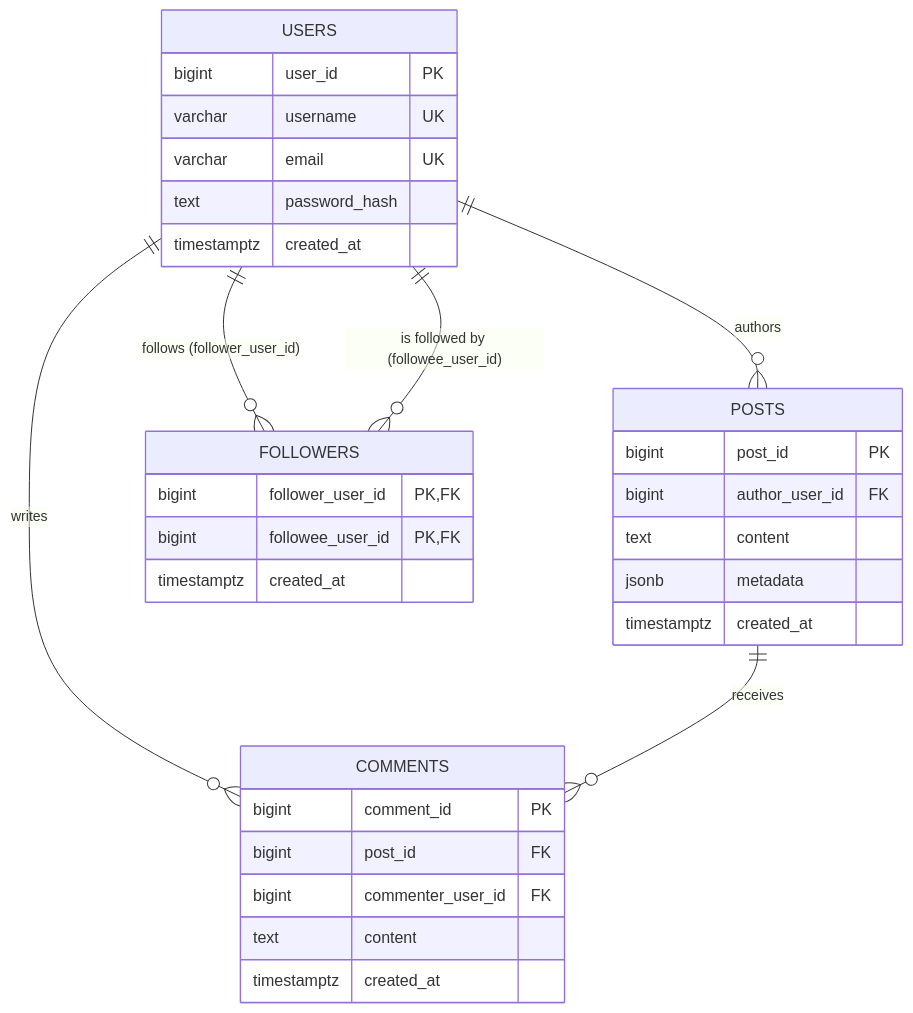
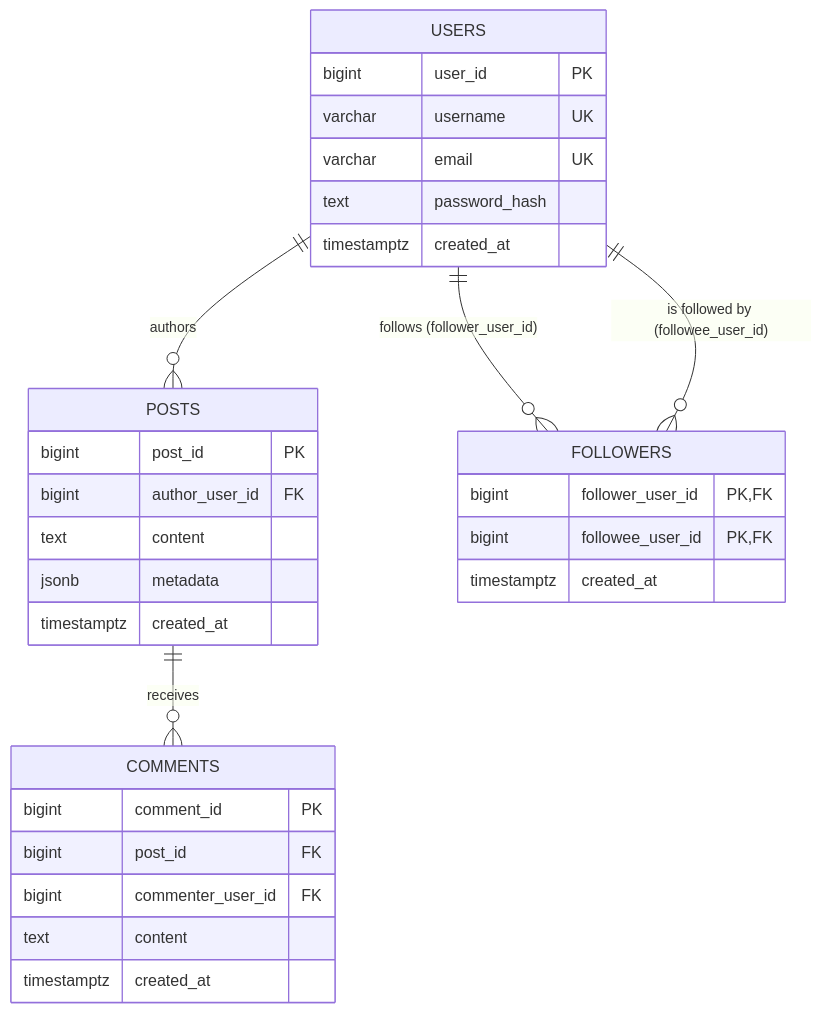
One commit to Ndaziramiyep/AmaliTech_Python_Backend_Labs changed the diagram in Database_Fundamentals/Social_Media_Lab/docs/er_diagram.md. Above: the diagram before and after it, drawn with Mermaid.

Commit message:
Remove USERS to COMMENTS relationship in ER diagram
Removed the relationship between USERS and COMMENTS.

````diff
--- a/Database_Fundamentals/Social_Media_Lab/docs/er_diagram.md
+++ b/Database_Fundamentals/Social_Media_Lab/docs/er_diagram.md
@@ -3,38 +3,37 @@
 ```mermaid
 erDiagram
     USERS ||--o{ POSTS : authors
-    USERS ||--o{ COMMENTS : writes
     POSTS ||--o{ COMMENTS : receives
     USERS ||--o{ FOLLOWERS : "follows (follower_user_id)"
     USERS ||--o{ FOLLOWERS : "is followed by (followee_user_id)"
 
     USERS {
         bigint user_id PK
         varchar username UK
         varchar email UK
         text password_hash
         timestamptz created_at
     }
 
     POSTS {
         bigint post_id PK
         bigint author_user_id FK
         text content
         jsonb metadata
         timestamptz created_at
     }
 
     COMMENTS {
         bigint comment_id PK
         bigint post_id FK
         bigint commenter_user_id FK
         text content
         timestamptz created_at
     }
 
     FOLLOWERS {
         bigint follower_user_id PK,FK
         bigint followee_user_id PK,FK
         timestamptz created_at
     }
 ```
````
